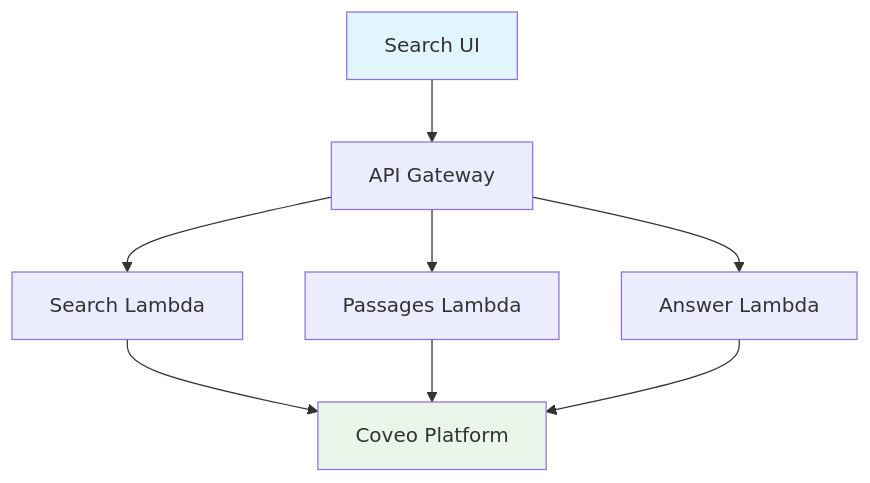
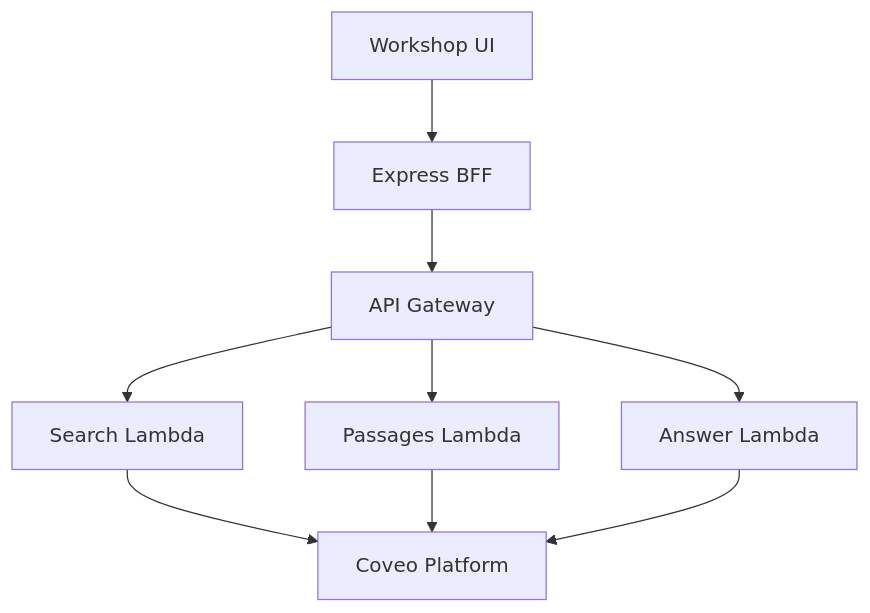
The second of 5 diagrams in mkdocs-workshop/docs/resources/diagrams.md (kpullagu/aws-coveo-workshop-stackset), drawn with Mermaid before and after one commit. The commit also changed other lines of this file and 98 other files, not shown here.

First line of the commit message:
Workshop refresh: AgentCore + Hosted MCP chatbot, native Coveo Search Agent UI, and updated docs

````diff
--- a/mkdocs-workshop/docs/resources/diagrams.md
+++ b/mkdocs-workshop/docs/resources/diagrams.md
@@ -37,14 +43,11 @@
 ```mermaid
 graph TB
-    UI[Search UI] --> API[API Gateway]
-    API --> L1[Search Lambda]
-    API --> L2[Passages Lambda]
-    API --> L3[Answer Lambda]
-    
-    L1 --> Coveo[Coveo Platform]
-    L2 --> Coveo
-    L3 --> Coveo
-    
-    style UI fill:#e1f5fe
-    style Coveo fill:#e8f5e8
+    UI[Workshop UI] --> BFF[Express BFF]
+    BFF --> API[API Gateway]
+    API --> Search[Search Lambda]
+    API --> Passages[Passages Lambda]
+    API --> Answer[Answer Lambda]
+    Search --> Coveo[Coveo Platform]
+    Passages --> Coveo
+    Answer --> Coveo
 ```
````
